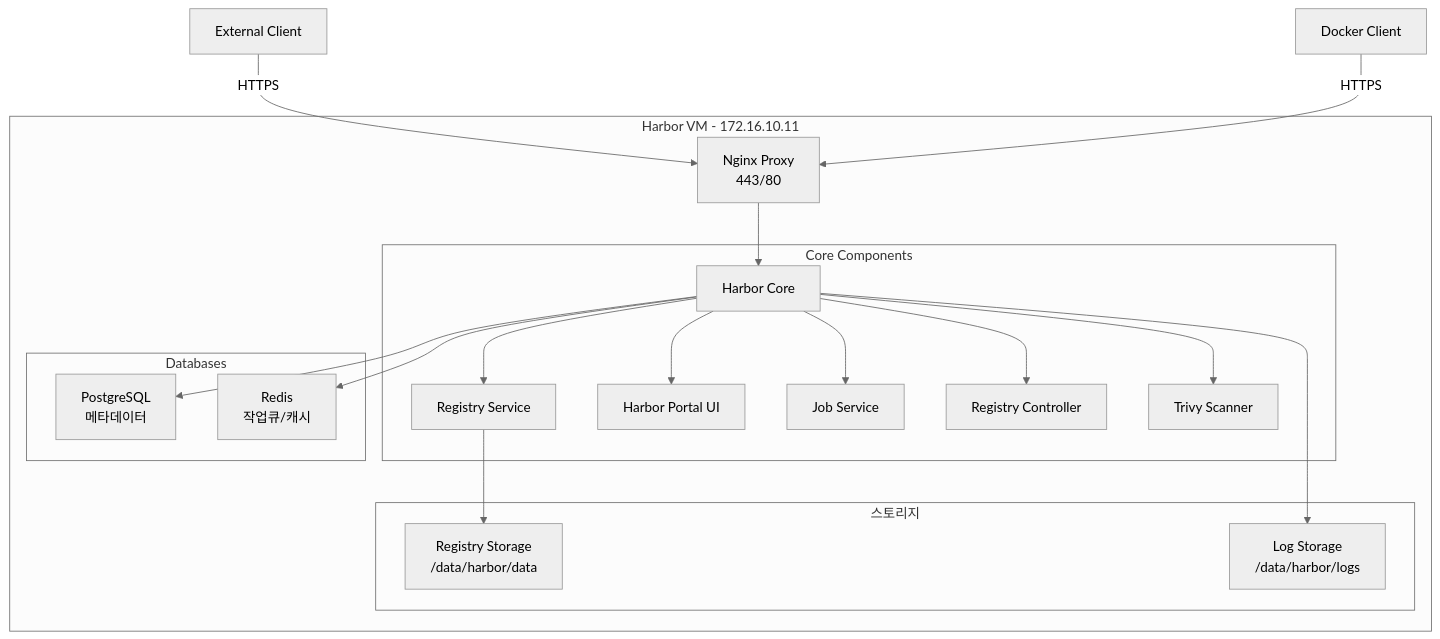
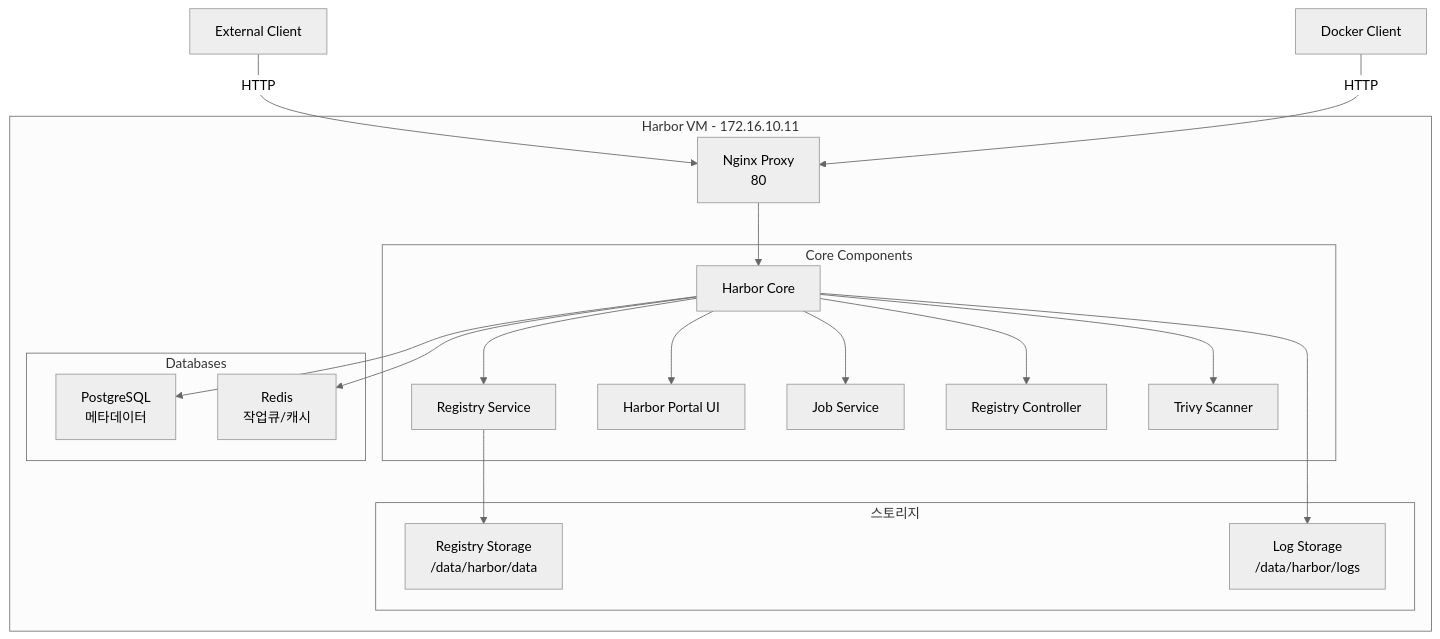
One commit to cnf-kunkin/docker-compose changed the diagram in vm-harbor/README.md. Above: the diagram before and after it, drawn with Mermaid (neutral theme). The commit also changed other lines of this file and 57 other files, not shown here.

````diff
--- a/vm-harbor/README.md
+++ b/vm-harbor/README.md
@@ -11,27 +11,27 @@
 ```mermaid
 graph TD
     subgraph Harbor VM[Harbor VM - 172.16.10.11]
-        Proxy[Nginx Proxy<br>443/80] --> Core[Harbor Core]
+        Proxy[Nginx Proxy<br>80] --> Core[Harbor Core]
         
         subgraph Core Components
             Core --> Registry[Registry Service]
             Core --> Portal[Harbor Portal UI]
             Core --> JobService[Job Service]
             Core --> RegistryCtl[Registry Controller]
             Core --> Trivy[Trivy Scanner]
         end
         
         subgraph Databases
             Core --> PostgreSQL[PostgreSQL<br>메타데이터]
             Core --> Redis[Redis<br>작업큐/캐시]
         end
         
         subgraph Storage[스토리지]
             Registry --> RegStorage[Registry Storage<br>/data/harbor/data]
             Core --> LogStorage[Log Storage<br>/data/harbor/logs]
         end
     end
 
-    Client[External Client] -->|HTTPS| Proxy
-    Docker[Docker Client] -->|HTTPS| Proxy
+    Client[External Client] -->|HTTP| Proxy
+    Docker[Docker Client] -->|HTTP| Proxy
 ```
````
